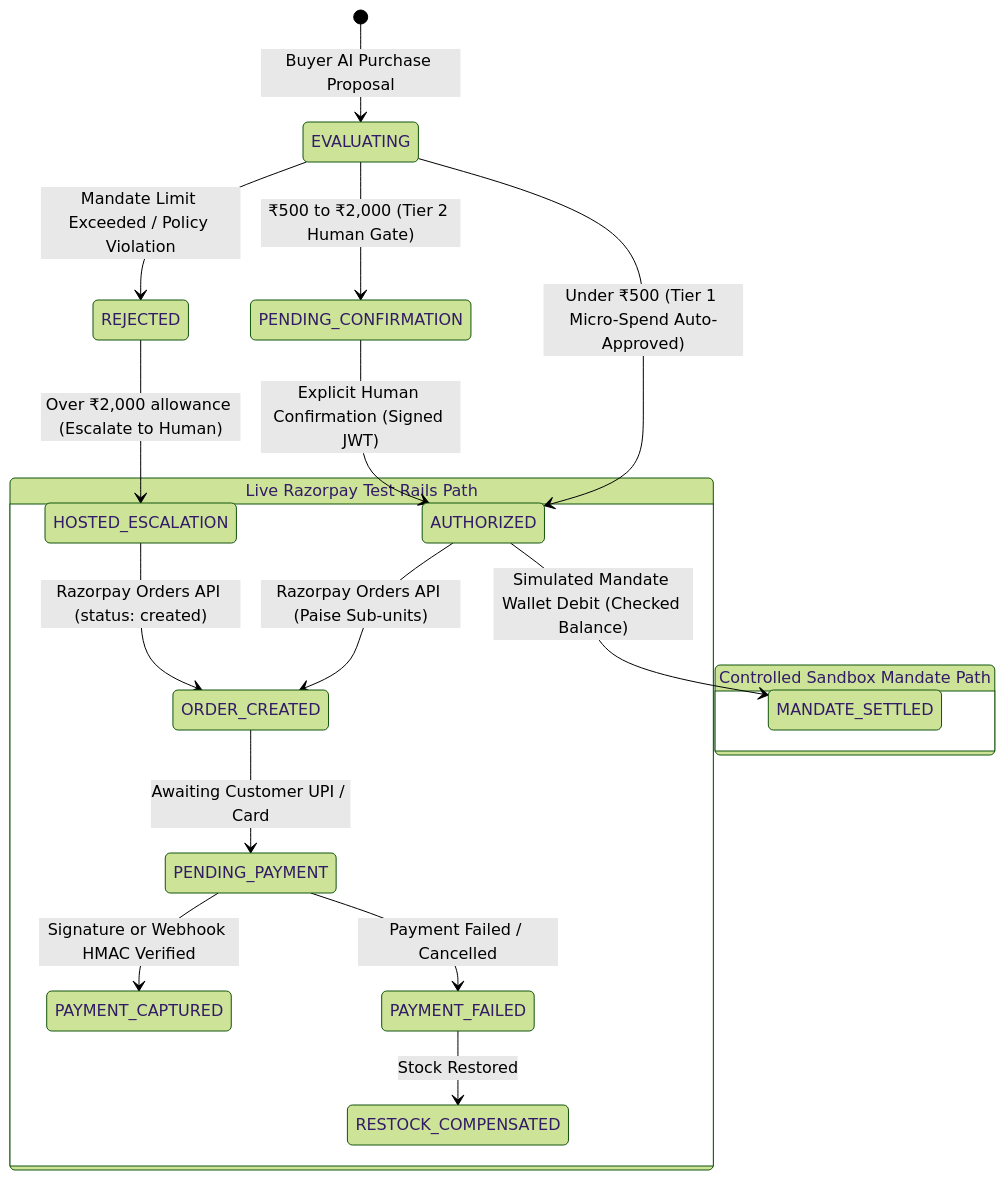
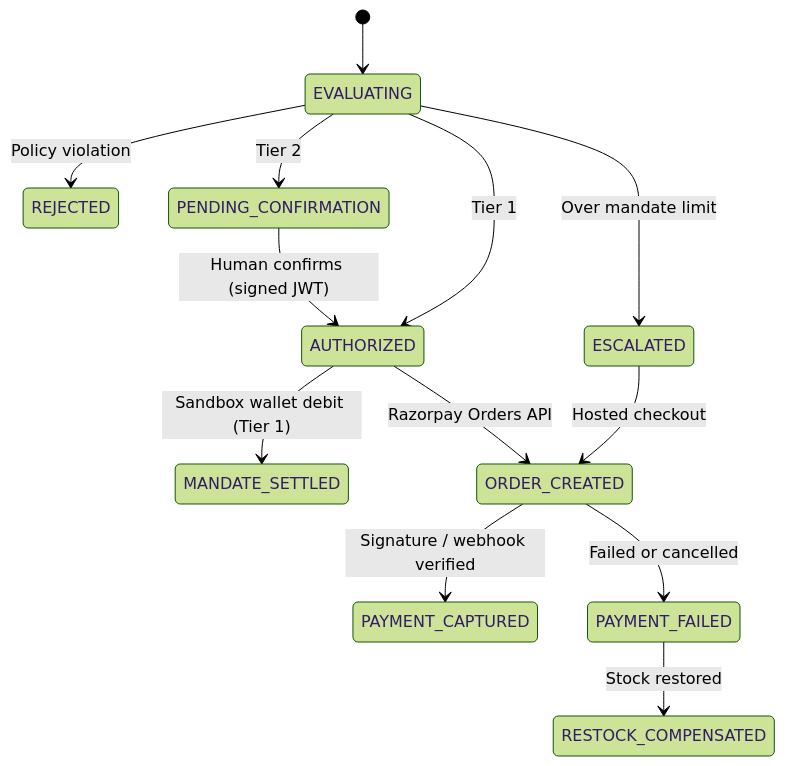
One commit to dinesh121005/agentic-commerce-gateway changed the third of 3 diagrams in README.md. Above: the diagram before and after it, drawn with Mermaid (forest theme). The commit also changed other lines of this file, not shown here.

````diff
--- a/README.md
+++ b/README.md
@@ -164,25 +218,15 @@
 ```mermaid
 stateDiagram-v2
-    [*] --> EVALUATING: Buyer AI Purchase Proposal
-    
-    EVALUATING --> REJECTED: Mandate Limit Exceeded / Policy Violation
-    REJECTED --> HOSTED_ESCALATION: Over ₹2,000 allowance (Escalate to Human)
-    
-    EVALUATING --> PENDING_CONFIRMATION: ₹500 to ₹2,000 (Tier 2 Human Gate)
-    PENDING_CONFIRMATION --> AUTHORIZED: Explicit Human Confirmation (Signed JWT)
-    
-    EVALUATING --> AUTHORIZED: Under ₹500 (Tier 1 Micro-Spend Auto-Approved)
-    
-    state "Controlled Sandbox Mandate Path" as AutoPath {
-        AUTHORIZED --> MANDATE_SETTLED: Simulated Mandate Wallet Debit (Checked Balance)
-    }
-    
-    state "Live Razorpay Test Rails Path" as RazorpayPath {
-        HOSTED_ESCALATION --> ORDER_CREATED: Razorpay Orders API (status: created)
-        AUTHORIZED --> ORDER_CREATED: Razorpay Orders API (Paise Sub-units)
-        ORDER_CREATED --> PENDING_PAYMENT: Awaiting Customer UPI / Card
-        PENDING_PAYMENT --> PAYMENT_CAPTURED: Signature or Webhook HMAC Verified
-        PENDING_PAYMENT --> PAYMENT_FAILED: Payment Failed / Cancelled
-        PAYMENT_FAILED --> RESTOCK_COMPENSATED: Stock Restored
-    }
+    [*] --> EVALUATING
+    EVALUATING --> REJECTED: Policy violation
+    EVALUATING --> ESCALATED: Over mandate limit
+    EVALUATING --> PENDING_CONFIRMATION: Tier 2
+    PENDING_CONFIRMATION --> AUTHORIZED: Human confirms (signed JWT)
+    EVALUATING --> AUTHORIZED: Tier 1
+    AUTHORIZED --> MANDATE_SETTLED: Sandbox wallet debit (Tier 1)
+    AUTHORIZED --> ORDER_CREATED: Razorpay Orders API
+    ESCALATED --> ORDER_CREATED: Hosted checkout
+    ORDER_CREATED --> PAYMENT_CAPTURED: Signature / webhook verified
+    ORDER_CREATED --> PAYMENT_FAILED: Failed or cancelled
+    PAYMENT_FAILED --> RESTOCK_COMPENSATED: Stock restored
 ```
````
